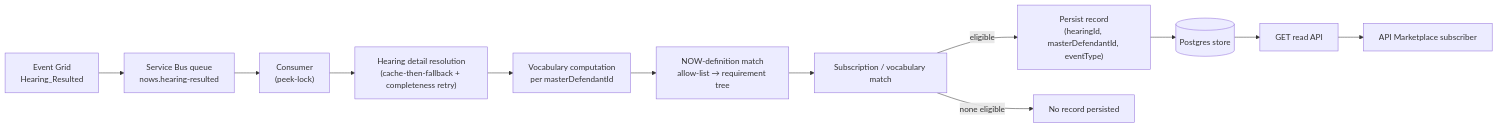
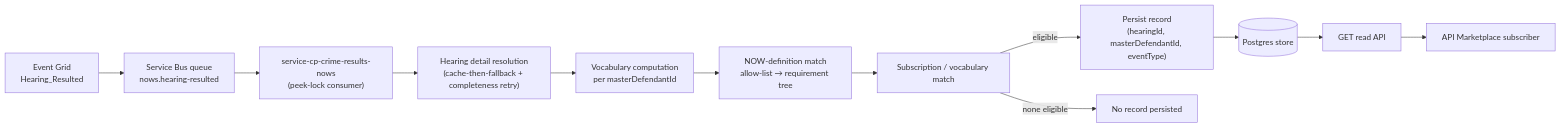
The first of 3 diagrams in docs/designs/2026-08-28-nows-api-marketplace-design.md (hmcts/service-cp-crime-results-nows), drawn with Mermaid before and after one commit. The commit also changed other lines of this file, not shown here.

Commit message:
docs(design): name the ingestion consumer service-cp-crime-results-nows
Consistent with the read sequence, which already names it explicitly
rather than using a generic "Consumer" label.

````diff
--- a/docs/designs/2026-08-28-nows-api-marketplace-design.md
+++ b/docs/designs/2026-08-28-nows-api-marketplace-design.md
@@ -11,14 +11,14 @@
 ```mermaid
 flowchart LR
     EG["Event Grid<br/>Hearing_Resulted"] --> Q["Service Bus queue<br/>nows.hearing-resulted"]
-    Q --> C["Consumer<br/>(peek-lock)"]
+    Q --> C["service-cp-crime-results-nows<br/>(peek-lock consumer)"]
     C --> HD["Hearing detail resolution<br/>(cache-then-fallback + completeness retry)"]
     HD --> VG["Vocabulary computation<br/>per masterDefendantId"]
     VG --> ND["NOW-definition match<br/>allow-list → requirement tree"]
     ND --> SM["Subscription / vocabulary match"]
     SM -->|eligible| P["Persist record<br/>(hearingId, masterDefendantId, eventType)"]
     SM -->|none eligible| NoOp["No record persisted"]
     P --> DB[("Postgres store")]
     DB --> API["GET read API"]
     API --> Sub["API Marketplace subscriber"]
 ```
````
